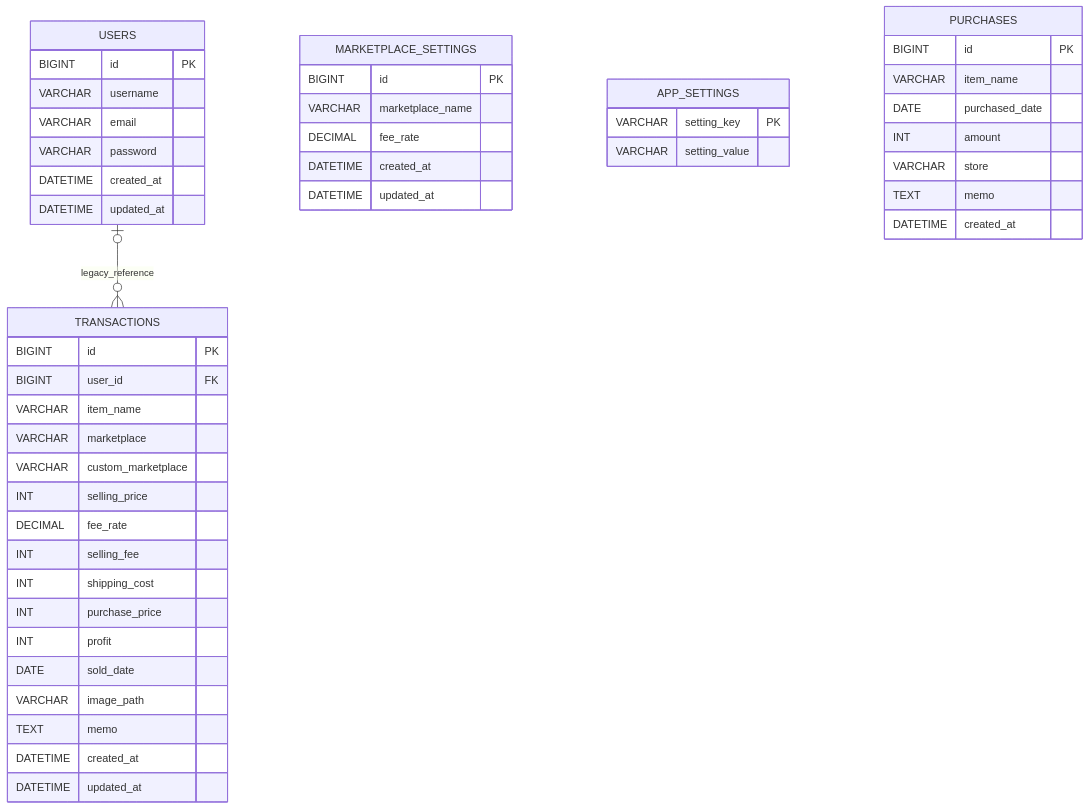
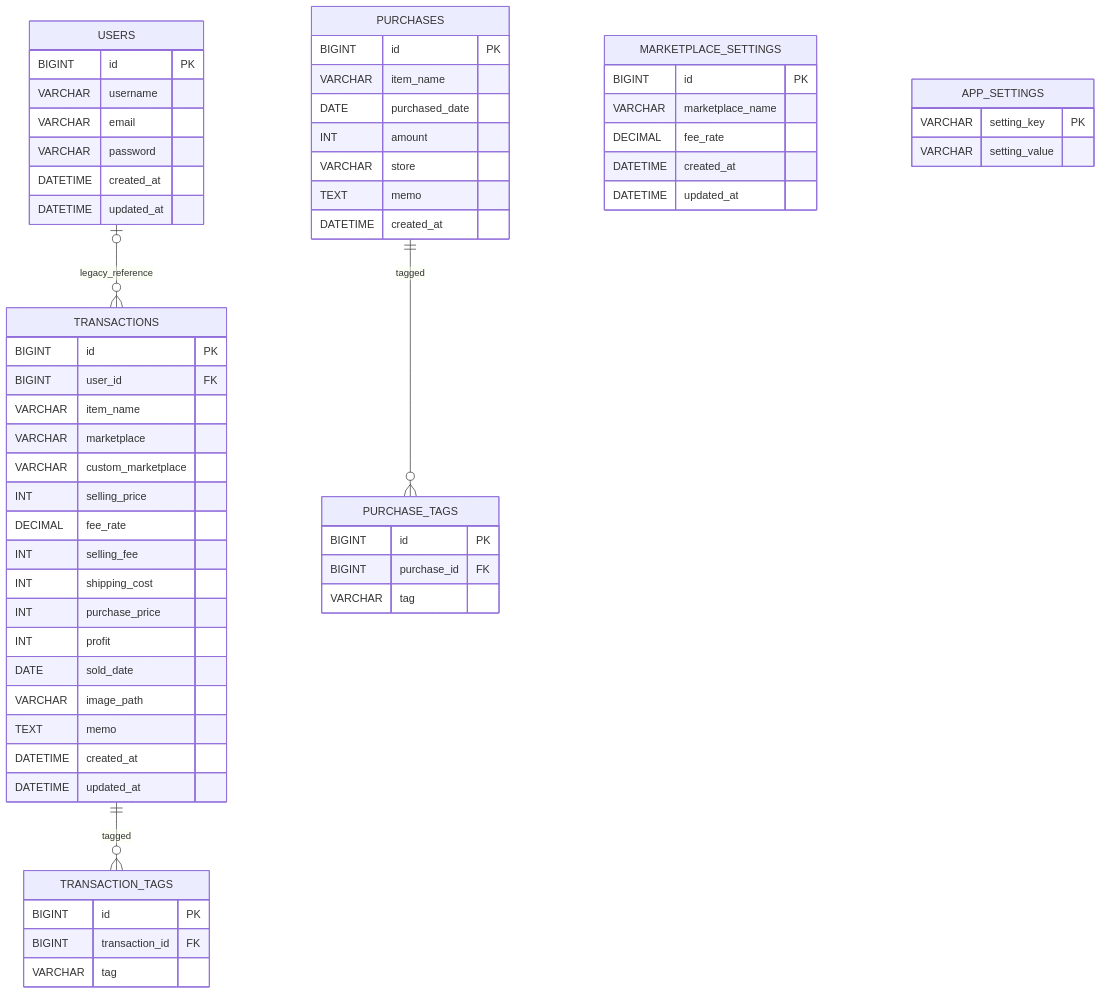
Before and after one commit to YutaK1014/Web: the diagram in 03_er_design.md, drawn with Mermaid. The commit also changed 19 other files, not shown here.

````diff
--- a/03_er_design.md
+++ b/03_er_design.md
@@ -3,55 +3,69 @@
 ```mermaid
 erDiagram
     USERS |o--o{ TRANSACTIONS : legacy_reference
+    TRANSACTIONS ||--o{ TRANSACTION_TAGS : tagged
+    PURCHASES ||--o{ PURCHASE_TAGS : tagged
+
+    TRANSACTION_TAGS {
+        BIGINT id PK
+        BIGINT transaction_id FK
+        VARCHAR tag
+    }
+
+    PURCHASE_TAGS {
+        BIGINT id PK
+        BIGINT purchase_id FK
+        VARCHAR tag
+    }
 
     USERS {
         BIGINT id PK
         VARCHAR username
         VARCHAR email
         VARCHAR password
         DATETIME created_at
         DATETIME updated_at
     }
 
     TRANSACTIONS {
         BIGINT id PK
         BIGINT user_id FK
         VARCHAR item_name
         VARCHAR marketplace
         VARCHAR custom_marketplace
         INT selling_price
         DECIMAL fee_rate
         INT selling_fee
         INT shipping_cost
         INT purchase_price
         INT profit
         DATE sold_date
         VARCHAR image_path
         TEXT memo
         DATETIME created_at
         DATETIME updated_at
     }
 
     MARKETPLACE_SETTINGS {
         BIGINT id PK
         VARCHAR marketplace_name
         DECIMAL fee_rate
         DATETIME created_at
         DATETIME updated_at
     }
 
     APP_SETTINGS {
         VARCHAR setting_key PK
         VARCHAR setting_value
     }
 
     PURCHASES {
         BIGINT id PK
         VARCHAR item_name
         DATE purchased_date
         INT amount
         VARCHAR store
         TEXT memo
         DATETIME created_at
     }
 ```
````
